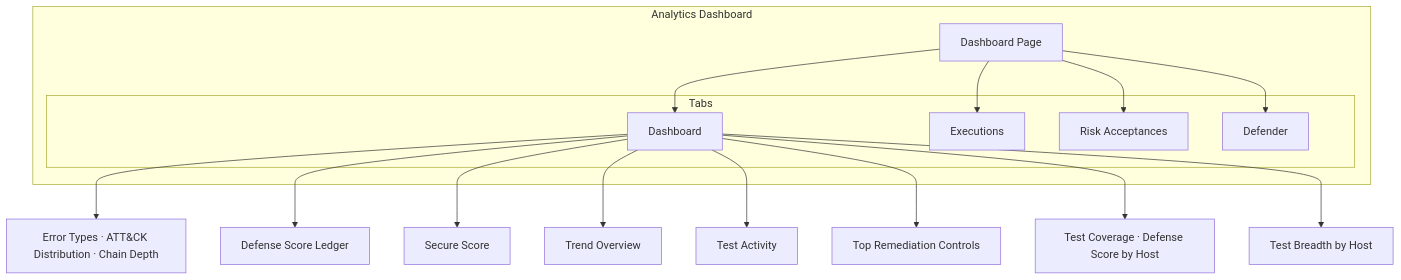
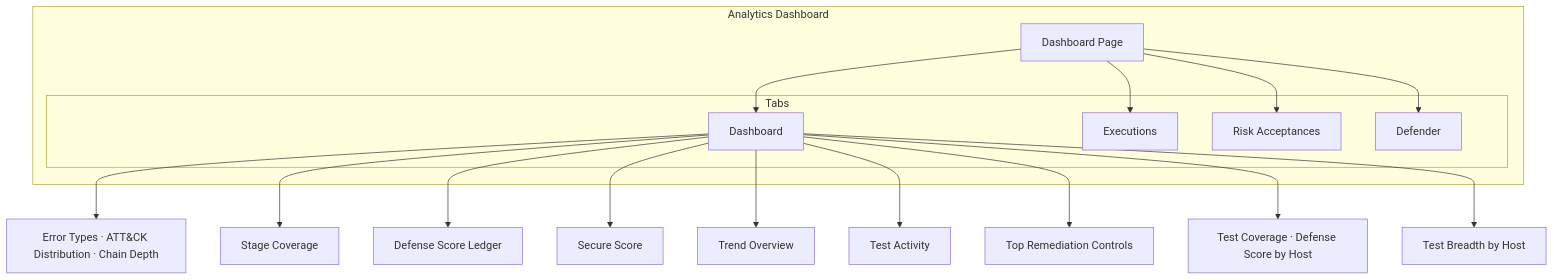
Before and after one commit to projectachilles/ProjectAchilles: the diagram in wiki/docs/user-guide/analytics/defense-score.md, drawn with Mermaid. The commit also changed other lines of this file and 19 other files, not shown here.

Commit message:
feat(analytics): Stage coverage card on the Analytics dashboard (#781)

````diff
--- a/wiki/docs/user-guide/analytics/defense-score.md
+++ b/wiki/docs/user-guide/analytics/defense-score.md
@@ -99,27 +99,28 @@
 ```mermaid
 graph TB
     subgraph "Analytics Dashboard"
         ADP[Dashboard Page]
 
         subgraph "Tabs"
             DT[Dashboard]
             ET[Executions]
             RT[Risk Acceptances]
             DefT[Defender]
         end
     end
 
     ADP --> DT
     ADP --> ET
     ADP --> RT
     ADP --> DefT
 
     DT --> TRIO[Error Types · ATT&CK Distribution · Chain Depth]
+    DT --> STG[Stage Coverage]
     DT --> LED[Defense Score Ledger]
     DT --> SEC[Secure Score]
     DT --> TREND[Trend Overview]
     DT --> ACT[Test Activity]
     DT --> TOP[Top Remediation Controls]
     DT --> COV[Test Coverage · Defense Score by Host]
     DT --> TREE[Test Breadth by Host]
 ```
````
